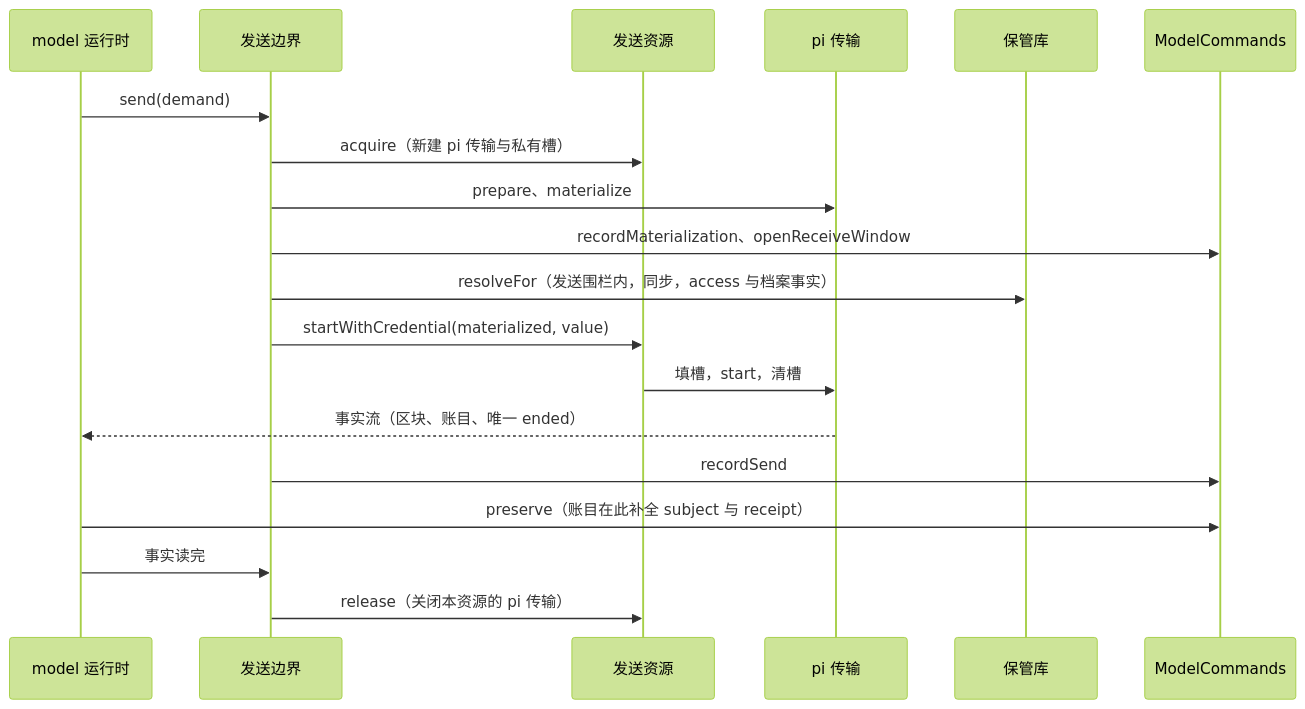
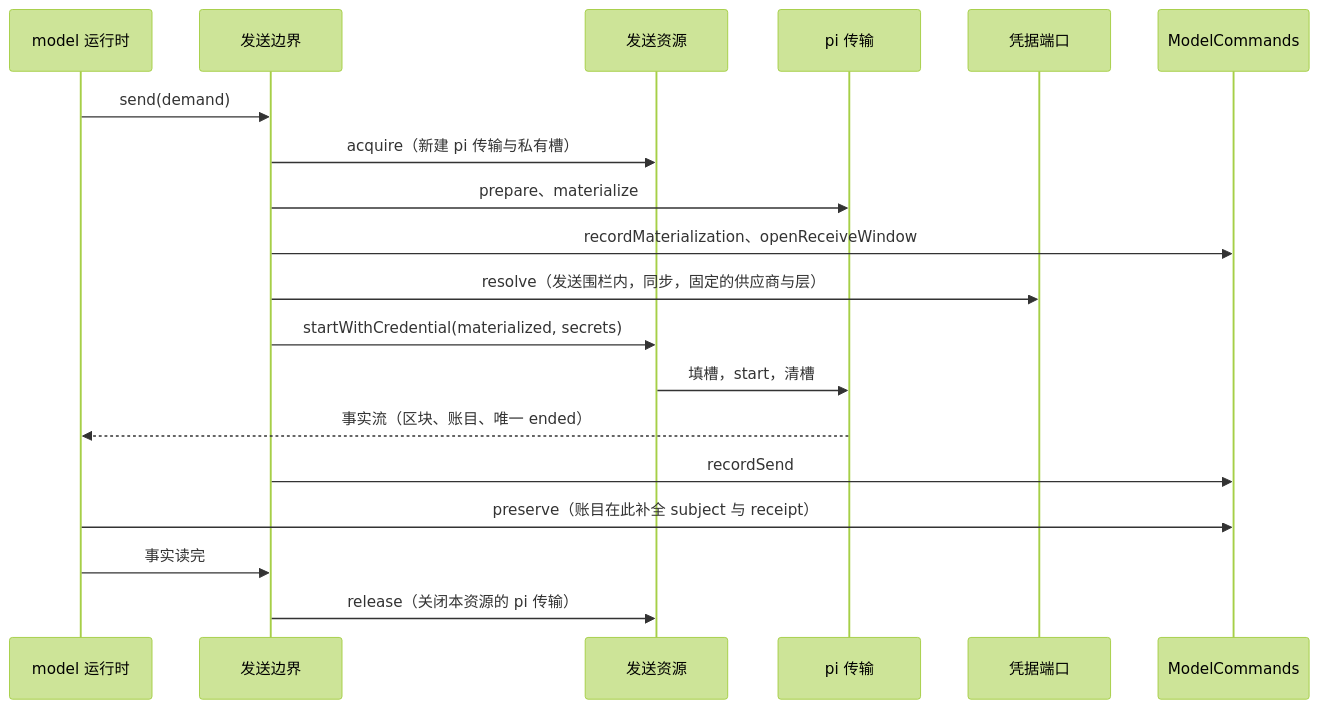
Before and after one commit to nemori-ai/omne-harness-lite: the second of 2 diagrams in packages/model/model-host-local/docs/flows.md, drawn with Mermaid (forest theme). The commit also changed other lines of this file and 333 other files, not shown here.

````diff
--- a/packages/model/model-host-local/docs/flows.md
+++ b/packages/model/model-host-local/docs/flows.md
@@ -38,21 +34,21 @@
 ```mermaid
 sequenceDiagram
   participant Runtime as model 运行时
   participant Boundary as 发送边界
   participant Resource as 发送资源
   participant Pi as pi 传输
-  participant Custodian as 保管库
+  participant Port as 凭据端口
   participant Commands as ModelCommands
   Runtime->>Boundary: send(demand)
   Boundary->>Resource: acquire（新建 pi 传输与私有槽）
   Boundary->>Pi: prepare、materialize
   Boundary->>Commands: recordMaterialization、openReceiveWindow
-  Boundary->>Custodian: resolveFor（发送围栏内，同步，access 与档案事实）
-  Boundary->>Resource: startWithCredential(materialized, value)
+  Boundary->>Port: resolve（发送围栏内，同步，固定的供应商与层）
+  Boundary->>Resource: startWithCredential(materialized, secrets)
   Resource->>Pi: 填槽，start，清槽
   Pi-->>Runtime: 事实流（区块、账目、唯一 ended）
   Boundary->>Commands: recordSend
   Runtime->>Commands: preserve（账目在此补全 subject 与 receipt）
   Runtime->>Boundary: 事实读完
   Boundary->>Resource: release（关闭本资源的 pi 传输）
 ```
````
